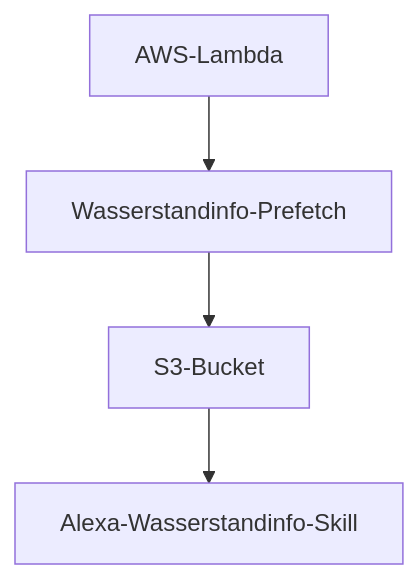
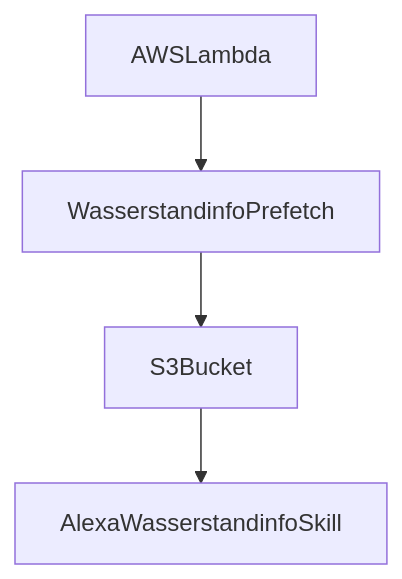
Before and after one commit to koenighotze/wasserstandinfo-prefetch: the first of 3 diagrams in README.md, drawn with Mermaid. The commit also changed other lines of this file, not shown here.

````diff
--- a/README.md
+++ b/README.md
@@ -17,6 +17,6 @@
 ```mermaid
   graph TD;
-      AWS-Lambda --> Wasserstandinfo-Prefetch;
-      Wasserstandinfo-Prefetch --> S3-Bucket;
-      S3-Bucket --> Alexa-Wasserstandinfo-Skill;
+      AWSLambda --> WasserstandinfoPrefetch;
+      WasserstandinfoPrefetch --> S3Bucket;
+      S3Bucket --> AlexaWasserstandinfoSkill;
 ```
````
